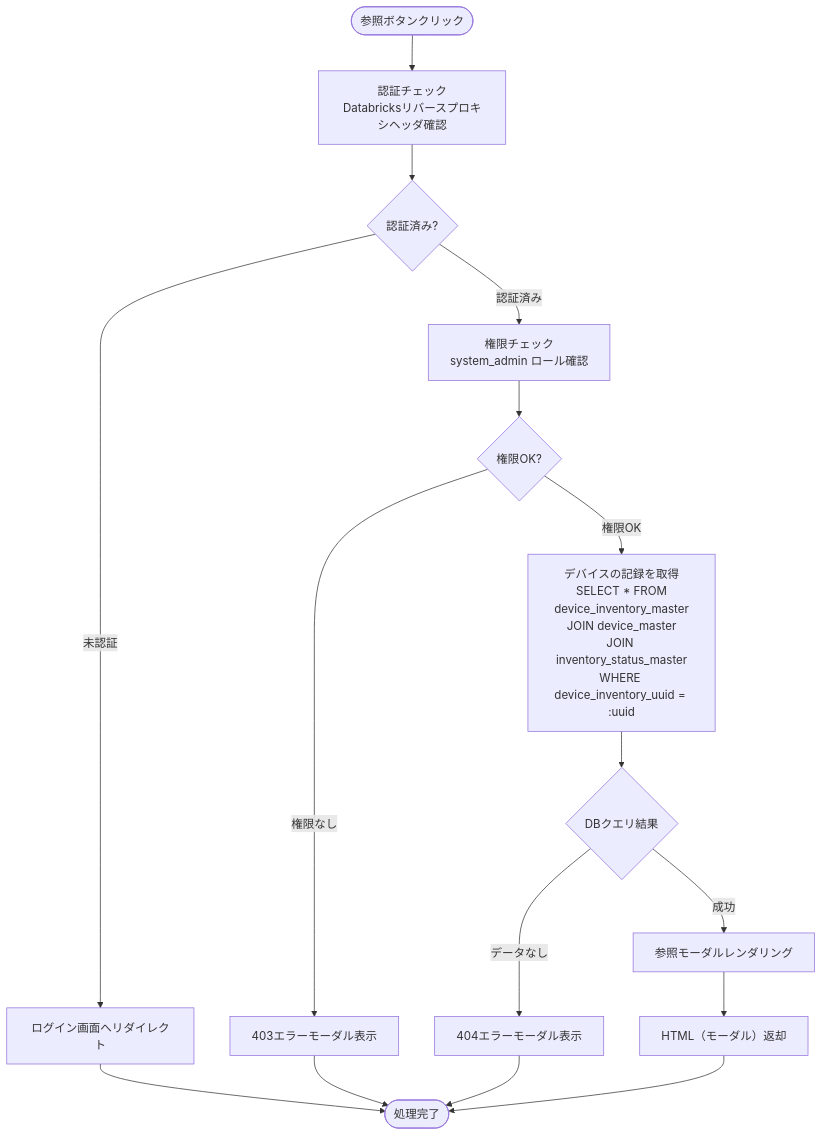
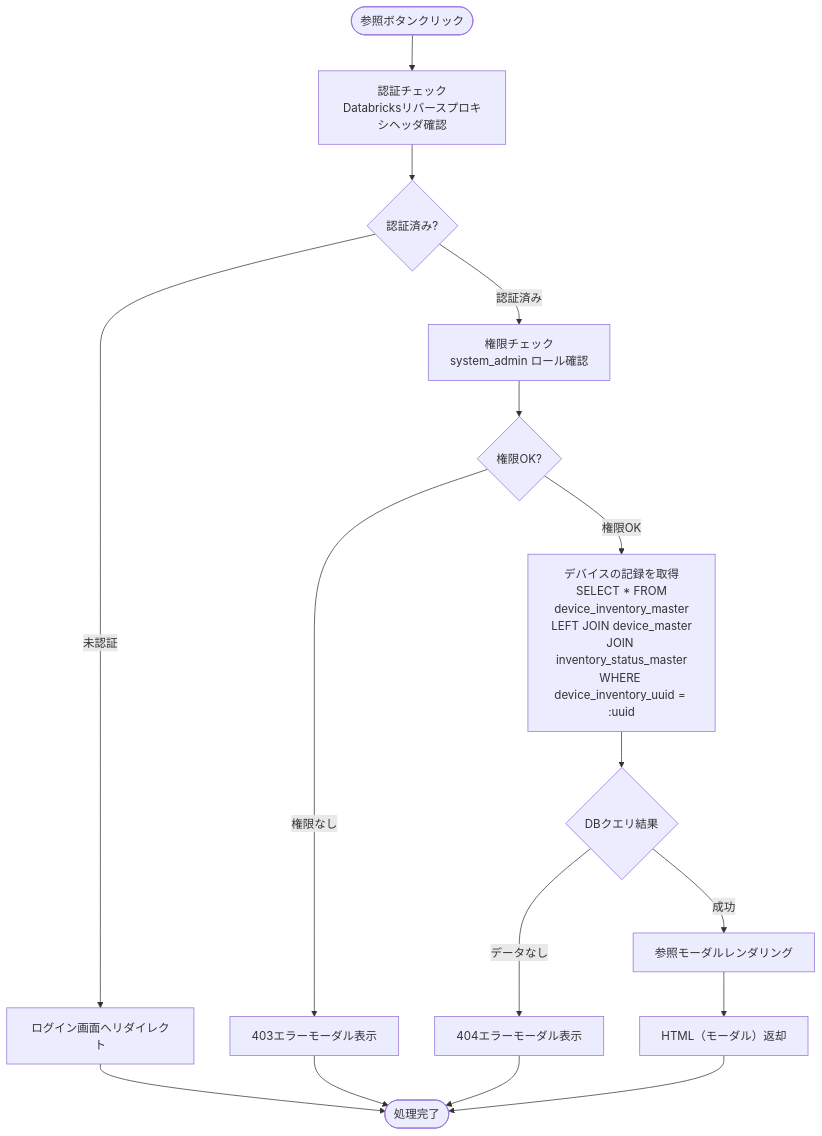
Before and after one commit to NSW-SVCP-AIWG002/Databricks-IoT: the eighth of 9 diagrams in docs/03-features/flask-app/device-inventory/workflow-specification.md, drawn with Mermaid. The commit also changed other lines of this file and 4 other files, not shown here.

````diff
--- a/docs/03-features/flask-app/device-inventory/workflow-specification.md
+++ b/docs/03-features/flask-app/device-inventory/workflow-specification.md
@@ -1398,22 +1345,22 @@
 ```mermaid
 flowchart TD
     Start([参照ボタンクリック]) --> Auth[認証チェック<br>Databricksリバースプロキシヘッダ確認]
     Auth --> CheckAuth{認証済み?}
     CheckAuth -->|未認証| Error401[ログイン画面へリダイレクト]
     Error401 --> End([処理完了])
 
     CheckAuth -->|認証済み| Permission[権限チェック<br>system_admin ロール確認]
     Permission --> CheckPerm{権限OK?}
     CheckPerm -->|権限なし| Error403[403エラーモーダル表示]
     Error403 --> End
 
-    CheckPerm -->|権限OK| Query[デバイスの記録を取得<br>SELECT * FROM<br>device_inventory_master<br>JOIN device_master<br>JOIN inventory_status_master<br>WHERE device_inventory_uuid = :uuid]
+    CheckPerm -->|権限OK| Query[デバイスの記録を取得<br>SELECT * FROM<br>device_inventory_master<br>LEFT JOIN device_master<br>JOIN inventory_status_master<br>WHERE device_inventory_uuid = :uuid]
     Query --> CheckDB{DBクエリ結果}
 
     CheckDB -->|データなし| Error404[404エラーモーダル表示]
     Error404 --> End
 
     CheckDB -->|成功| Template[参照モーダルレンダリング]
     Template --> Response[HTML（モーダル）返却]
     Response --> End
 ```
````
